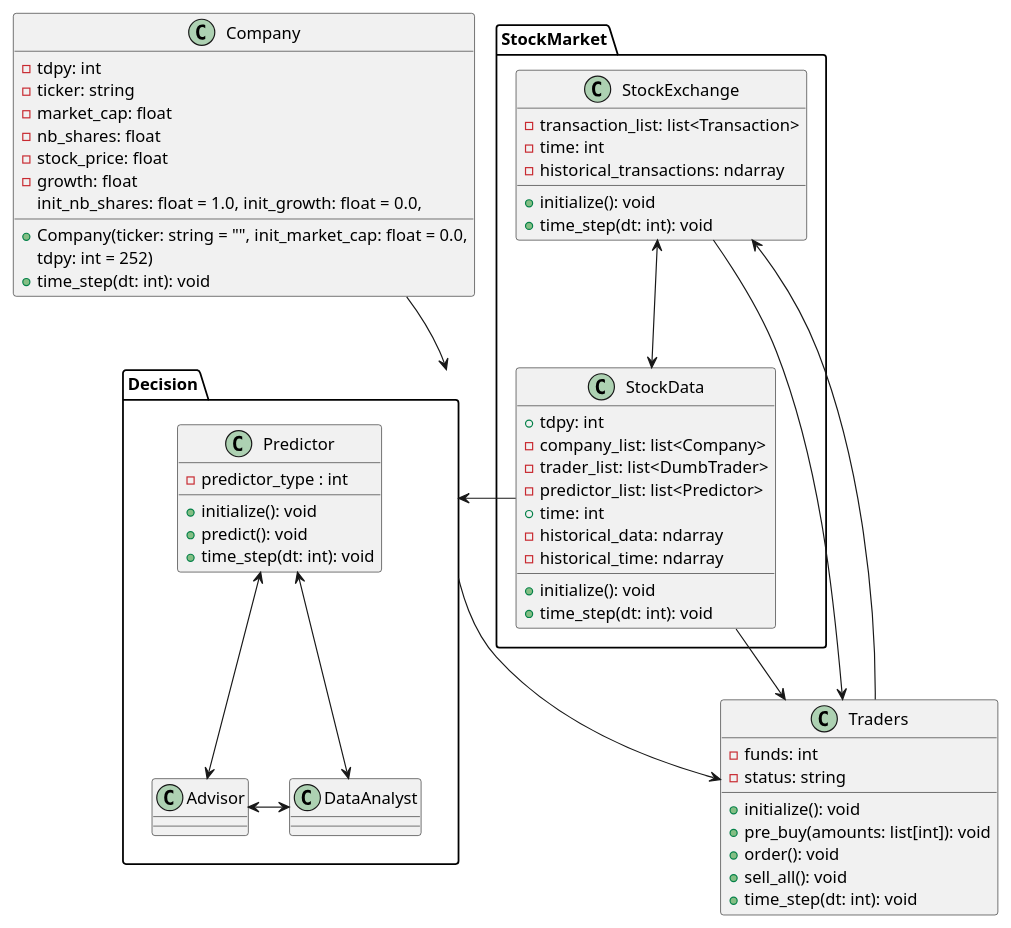
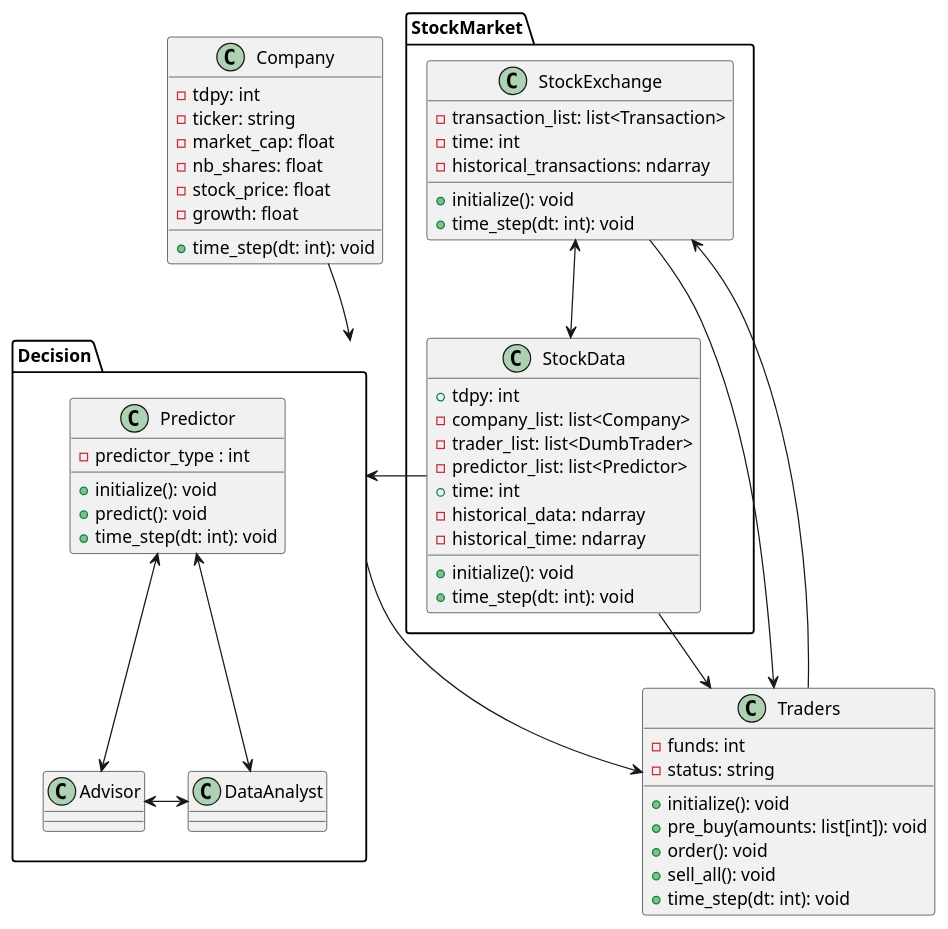
The diagram in map_v1.puml (Hermitpenguin/UML), drawn with PlantUML before and after one commit.

```diff
--- a/map_v1.puml
+++ b/map_v1.puml
@@ -1,72 +1,69 @@
 @startuml
 scale max 800*800
 class Company {
     - tdpy: int
     - ticker: string
     - market_cap: float
     - nb_shares: float
     - stock_price: float
     - growth: float
-    + Company(ticker: string = "", init_market_cap: float = 0.0,
-              init_nb_shares: float = 1.0, init_growth: float = 0.0,
-              tdpy: int = 252)
     + time_step(dt: int): void
 }
 
 class Traders {
     - funds: int
     - status: string
     + initialize(): void
     + pre_buy(amounts: list[int]): void
     + order(): void
     + sell_all(): void
     + time_step(dt: int): void
 }
 
 package StockMarket {
         class StockData {
         + tdpy: int
         - company_list: list<Company>
         - trader_list: list<DumbTrader>
         - predictor_list: list<Predictor>
         + time: int
         - historical_data: ndarray
         - historical_time: ndarray
         + initialize(): void
         + time_step(dt: int): void
         }
 
         class StockExchange
         {
         - transaction_list: list<Transaction>
         - time: int
         - historical_transactions: ndarray
         + initialize(): void
         + time_step(dt: int): void
     }
 }
 
 package Decision {
     class Predictor {
     - predictor_type : int
     + initialize(): void
     + predict(): void
     + time_step(dt: int): void
 }
     class Advisor
     class DataAnalyst
 }
 
 StockMarket.StockExchange <--> StockMarket.StockData
 StockMarket.StockData -> Traders
 StockMarket.StockData -> Decision
 StockMarket.StockExchange -> Traders
 StockMarket.StockExchange <- Traders
 Company --> Decision
 Decision --> Traders
 Decision.Predictor <--> Decision.Advisor
 Decision.Predictor <--> Decision.DataAnalyst
 Decision.Advisor <-> Decision.DataAnalyst
 
 
 @enduml
```
